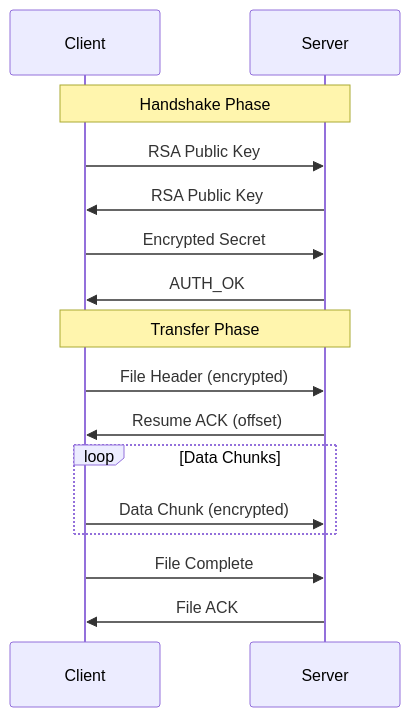
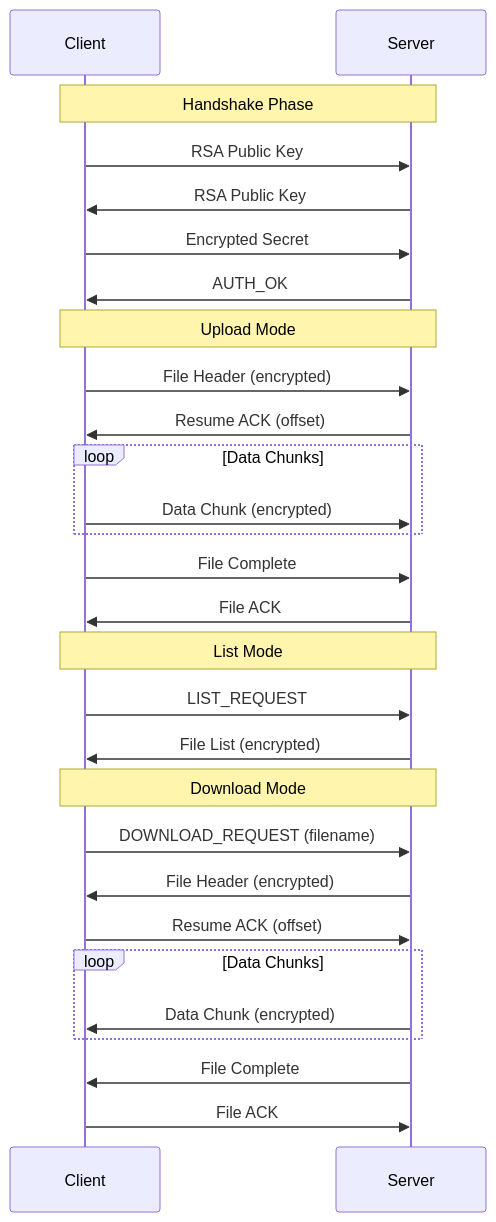
The diagram in README.md (Yul-1/Secure-File-Transfer), drawn with Mermaid before and after one commit. The commit also changed other lines of this file and 1 other file, not shown here.

````diff
--- a/README.md
+++ b/README.md
@@ -96,20 +106,34 @@
 ```mermaid
 sequenceDiagram
     participant C as Client
     participant S as Server
-    
+
     Note over C,S: Handshake Phase
     C->>S: RSA Public Key
     S->>C: RSA Public Key
     C->>S: Encrypted Secret
     S->>C: AUTH_OK
-    
-    Note over C,S: Transfer Phase
+
+    Note over C,S: Upload Mode
     C->>S: File Header (encrypted)
     S->>C: Resume ACK (offset)
     loop Data Chunks
         C->>S: Data Chunk (encrypted)
     end
     C->>S: File Complete
     S->>C: File ACK
+
+    Note over C,S: List Mode
+    C->>S: LIST_REQUEST
+    S->>C: File List (encrypted)
+
+    Note over C,S: Download Mode
+    C->>S: DOWNLOAD_REQUEST (filename)
+    S->>C: File Header (encrypted)
+    C->>S: Resume ACK (offset)
+    loop Data Chunks
+        S->>C: Data Chunk (encrypted)
+    end
+    S->>C: File Complete
+    C->>S: File ACK
 ```
````
